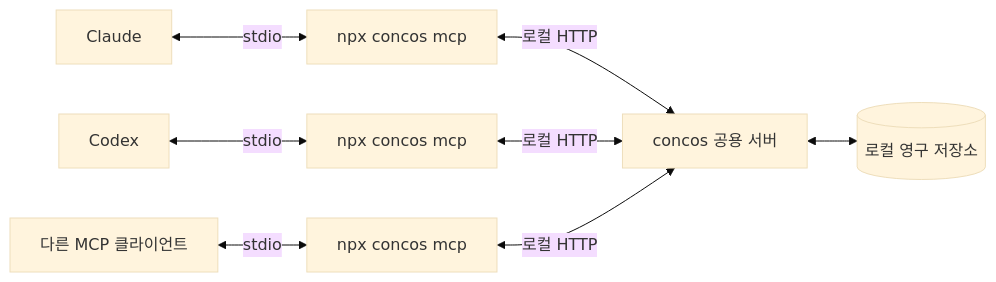
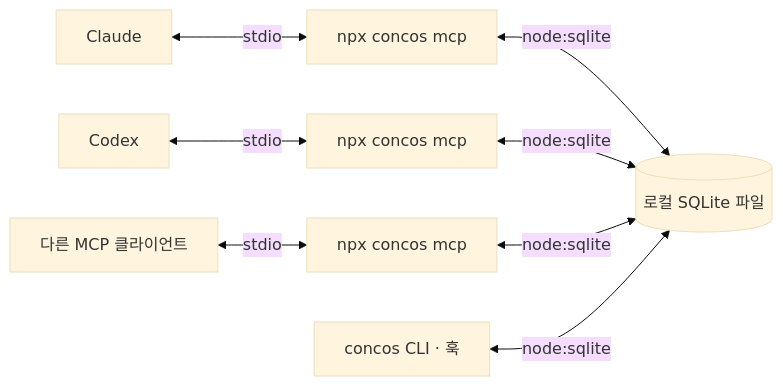
One commit to juncha9/npm.concos changed the diagram in SCAFFOLD.md. Above: the diagram before and after it, drawn with Mermaid (base theme). The commit also changed other lines of this file and 6 other files, not shown here.

````diff
--- a/SCAFFOLD.md
+++ b/SCAFFOLD.md
@@ -59,10 +61,10 @@
 ```mermaid
 flowchart LR
     A[Claude] <-->|stdio| B[npx concos mcp]
     C[Codex] <-->|stdio| D[npx concos mcp]
     E[다른 MCP 클라이언트] <-->|stdio| F[npx concos mcp]
-    B <-->|로컬 HTTP| H[concos 공용 서버]
-    D <-->|로컬 HTTP| H
-    F <-->|로컬 HTTP| H
-    H <--> S[(로컬 영구 저장소)]
+    B <-->|node:sqlite| S[(로컬 SQLite 파일)]
+    D <-->|node:sqlite| S
+    F <-->|node:sqlite| S
+    G[concos CLI · 훅] <-->|node:sqlite| S
 ```
````
